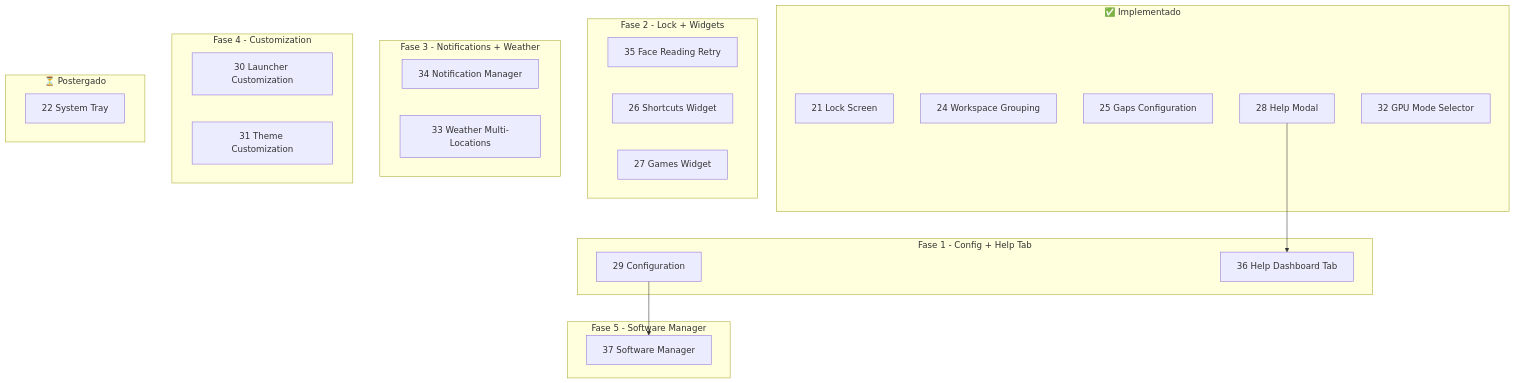
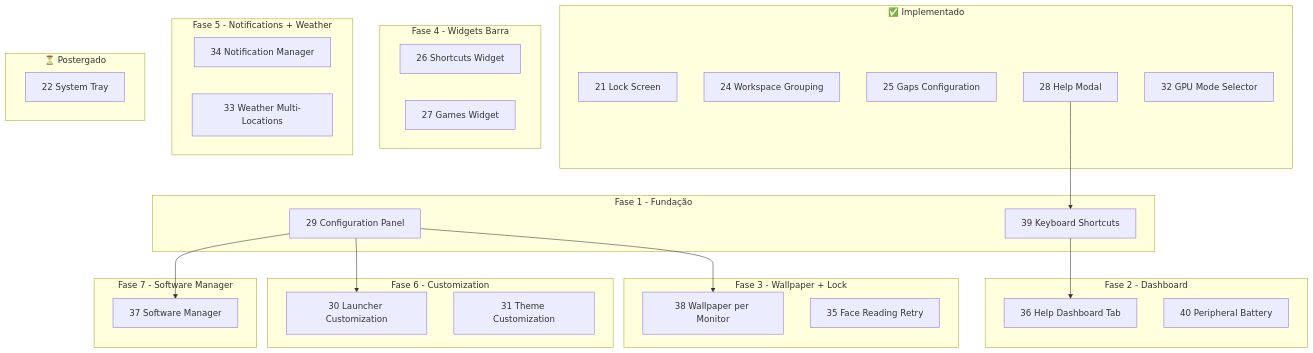
Before and after one commit to pereiraoc/shell: the diagram in docs/plan-and-implementation/00-sequencia-implementacao.md, drawn with Mermaid. The commit also changed other lines of this file, not shown here.

````diff
--- a/docs/plan-and-implementation/00-sequencia-implementacao.md
+++ b/docs/plan-and-implementation/00-sequencia-implementacao.md
@@ -11,42 +11,54 @@
 ```mermaid
 flowchart TB
     subgraph Implementado [✅ Implementado]
         P21[21 Lock Screen]
         P24[24 Workspace Grouping]
         P25[25 Gaps Configuration]
         P28[28 Help Modal]
         P32[32 GPU Mode Selector]
     end
     
-    subgraph Fase1 [Fase 1 - Config + Help Tab]
-        P29[29 Configuration]
-        P36[36 Help Dashboard Tab]
+    subgraph Fase1 [Fase 1 - Fundação]
+        P39[39 Keyboard Shortcuts]
+        P29[29 Configuration Panel]
     end
     
-    subgraph Fase2 [Fase 2 - Lock + Widgets]
+    subgraph Fase2 [Fase 2 - Dashboard]
+        P36[36 Help Dashboard Tab]
+        P40[40 Peripheral Battery]
+    end
+    
+    subgraph Fase3 [Fase 3 - Wallpaper + Lock]
+        P38[38 Wallpaper per Monitor]
         P35[35 Face Reading Retry]
+    end
+    
+    subgraph Fase4 [Fase 4 - Widgets Barra]
         P26[26 Shortcuts Widget]
         P27[27 Games Widget]
     end
     
-    subgraph Fase3 [Fase 3 - Notifications + Weather]
+    subgraph Fase5 [Fase 5 - Notifications + Weather]
         P34[34 Notification Manager]
         P33[33 Weather Multi-Locations]
     end
     
-    subgraph Fase4 [Fase 4 - Customization]
+    subgraph Fase6 [Fase 6 - Customization]
         P30[30 Launcher Customization]
         P31[31 Theme Customization]
     end
     
-    subgraph Fase5 [Fase 5 - Software Manager]
+    subgraph Fase7 [Fase 7 - Software Manager]
         P37[37 Software Manager]
     end
     
     subgraph Futuro [⏳ Postergado]
         P22[22 System Tray]
     end
     
-    P28 --> P36
+    P39 --> P36
+    P28 --> P39
+    P29 --> P38
+    P29 --> P30
     P29 --> P37
 ```
````
